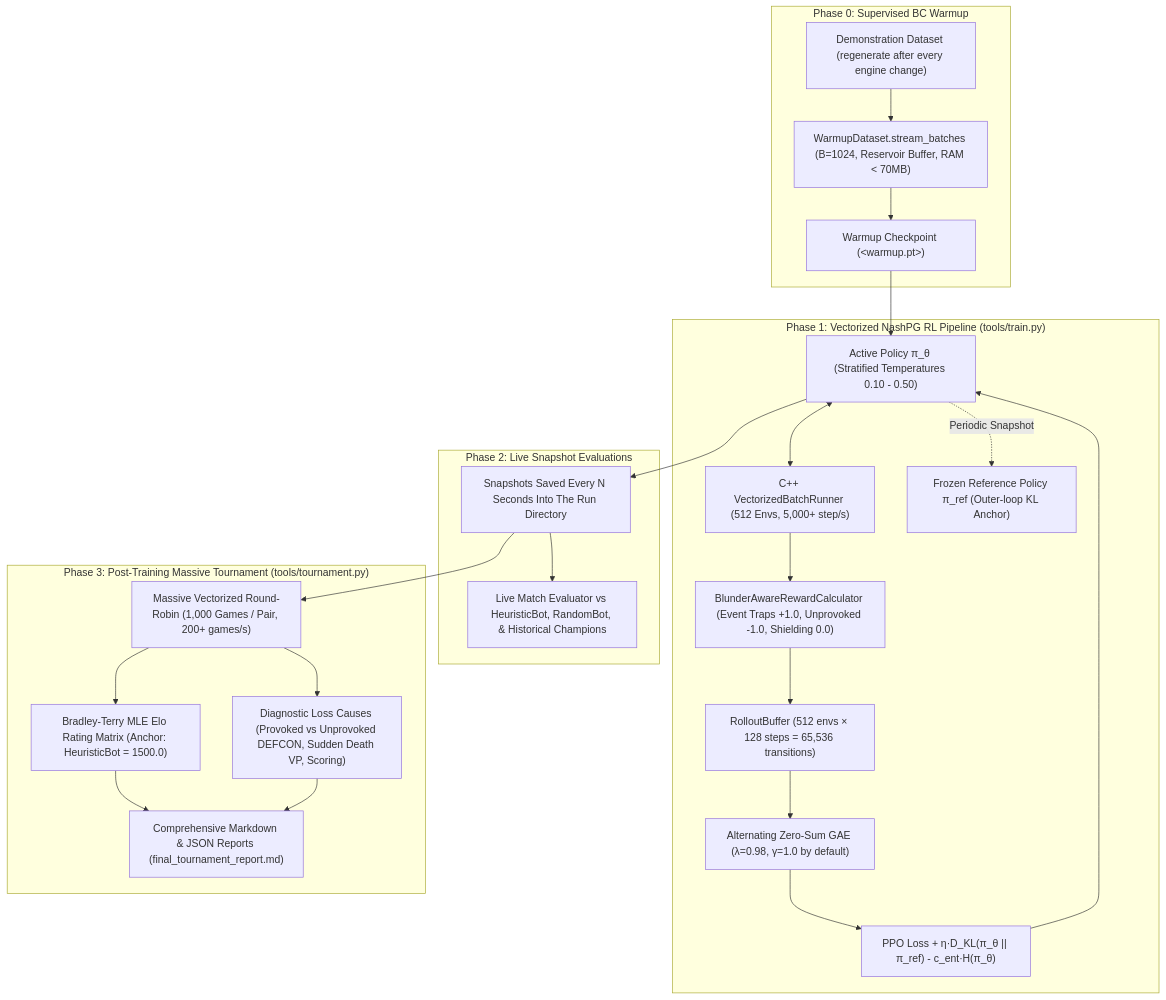
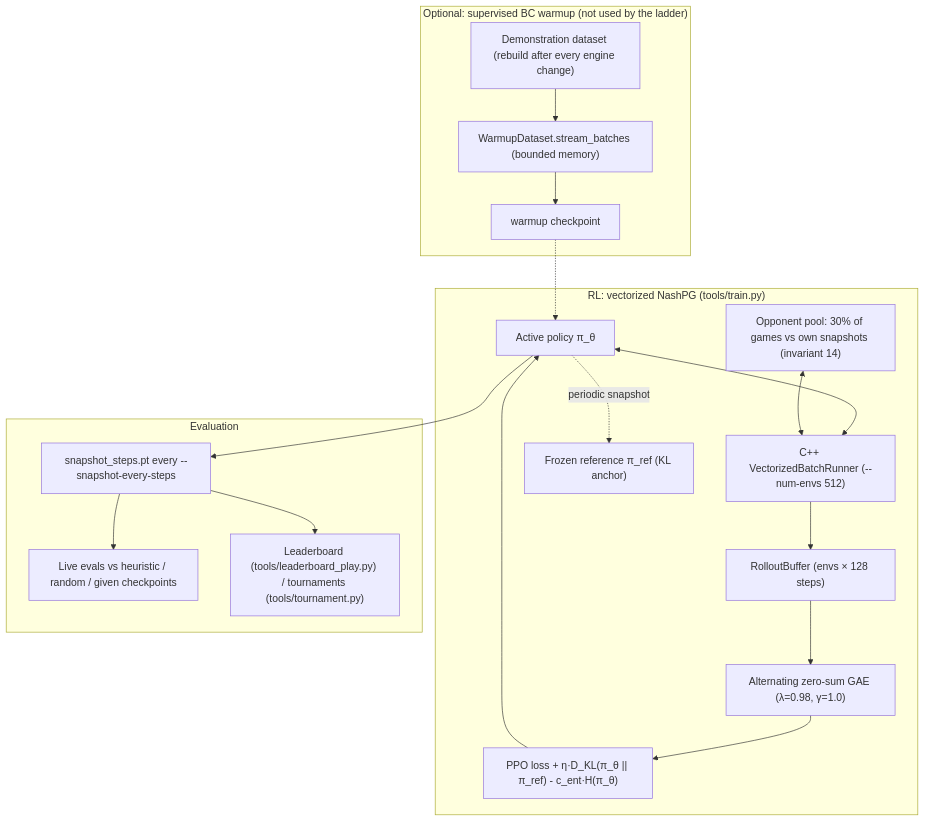
The second of 2 diagrams in AGENTS.md (JamesYouL2/DeepStruggle), drawn with Mermaid before and after one commit. The commit also changed other lines of this file and 9 other files, not shown here.

````diff
--- a/AGENTS.md
+++ b/AGENTS.md
@@ -285,41 +175,33 @@
 ```mermaid
 graph TD
-    subgraph Phase0 ["Phase 0: Supervised BC Warmup"]
-        Demonstrations["Demonstration Dataset (regenerate after every engine change)"]
-        Streamer["WarmupDataset.stream_batches (B=1024, Reservoir Buffer, RAM < 70MB)"]
-        WarmupModel["Warmup Checkpoint (&lt;warmup.pt&gt;)"]
-        Demonstrations --> Streamer --> WarmupModel
+    subgraph Phase0 ["Optional: supervised BC warmup (not used by the ladder)"]
+        Demonstrations["Demonstration dataset (rebuild after every engine change)"]
+        Streamer["WarmupDataset.stream_batches (bounded memory)"]
+        Demonstrations --> Streamer --> WarmupModel["warmup checkpoint"]
     end
 
-    subgraph Phase1 ["Phase 1: Vectorized NashPG RL Pipeline (tools/train.py)"]
-        VecEnv["C++ VectorizedBatchRunner (512 Envs, 5,000+ step/s)"]
-        ActiveNet["Active Policy π_θ (Stratified Temperatures 0.10 - 0.50)"]
-        RefNet["Frozen Reference Policy π_ref (Outer-loop KL Anchor)"]
-        Rollout["RolloutBuffer (512 envs × 128 steps = 65,536 transitions)"]
-        BlunderCalc["BlunderAwareRewardCalculator (Event Traps +1.0, Unprovoked -1.0, Shielding 0.0)"]
-        GAE["Alternating Zero-Sum GAE (λ=0.98, γ=1.0 by default)"]
-        NashLoss["PPO Loss + η·D_KL(π_θ || π_ref) - c_ent·H(π_θ)"]
-
-        WarmupModel --> ActiveNet
+    subgraph Phase1 ["RL: vectorized NashPG (tools/train.py)"]
+        VecEnv["C++ VectorizedBatchRunner (--num-envs 512)"]
+        ActiveNet["Active policy π_θ"]
+        Pool["Opponent pool: 30% of games vs own snapshots (invariant 14)"]
+        RefNet["Frozen reference π_ref (KL anchor)"]
+        Rollout["RolloutBuffer (envs × 128 steps)"]
+        GAE["Alternating zero-sum GAE (λ=0.98, γ=1.0)"]
+        NashLoss["PPO loss + η·D_KL(π_θ || π_ref) - c_ent·H(π_θ)"]
         ActiveNet <--> VecEnv
-        VecEnv --> BlunderCalc --> Rollout --> GAE --> NashLoss --> ActiveNet
-        ActiveNet -.->|Periodic Snapshot| RefNet
+        Pool <--> VecEnv
+        VecEnv --> Rollout --> GAE --> NashLoss --> ActiveNet
+        ActiveNet -.->|periodic snapshot| RefNet
     end
 
-    subgraph Phase2 ["Phase 2: Live Snapshot Evaluations"]
-        Snapshots["Snapshots Saved Every N Seconds Into The Run Directory"]
-        LiveEval["Live Match Evaluator vs HeuristicBot, RandomBot, & Historical Champions"]
-        ActiveNet --> Snapshots --> LiveEval
+    subgraph Phase2 ["Evaluation"]
+        Snapshots["snapshot_<N>steps.pt every --snapshot-every-steps"]
+        LiveEval["Live evals vs heuristic / random / given checkpoints"]
+        Leaderboard["Leaderboard (tools/leaderboard_play.py) / tournaments (tools/tournament.py)"]
+        Snapshots --> LiveEval
+        Snapshots --> Leaderboard
     end
 
-    subgraph Phase3 ["Phase 3: Post-Training Massive Tournament (tools/tournament.py)"]
-        RoundRobin["Massive Vectorized Round-Robin (1,000 Games / Pair, 200+ games/s)"]
-        EloCalc["Bradley-Terry MLE Elo Rating Matrix (Anchor: HeuristicBot = 1500.0)"]
-        Causes["Diagnostic Loss Causes (Provoked vs Unprovoked DEFCON, Sudden Death VP, Scoring)"]
-        Reports["Comprehensive Markdown & JSON Reports (final_tournament_report.md)"]
-
-        Snapshots --> RoundRobin
-        RoundRobin --> EloCalc --> Reports
-        RoundRobin --> Causes --> Reports
-    end
+    WarmupModel -.-> ActiveNet
+    ActiveNet --> Snapshots
 ```
````
